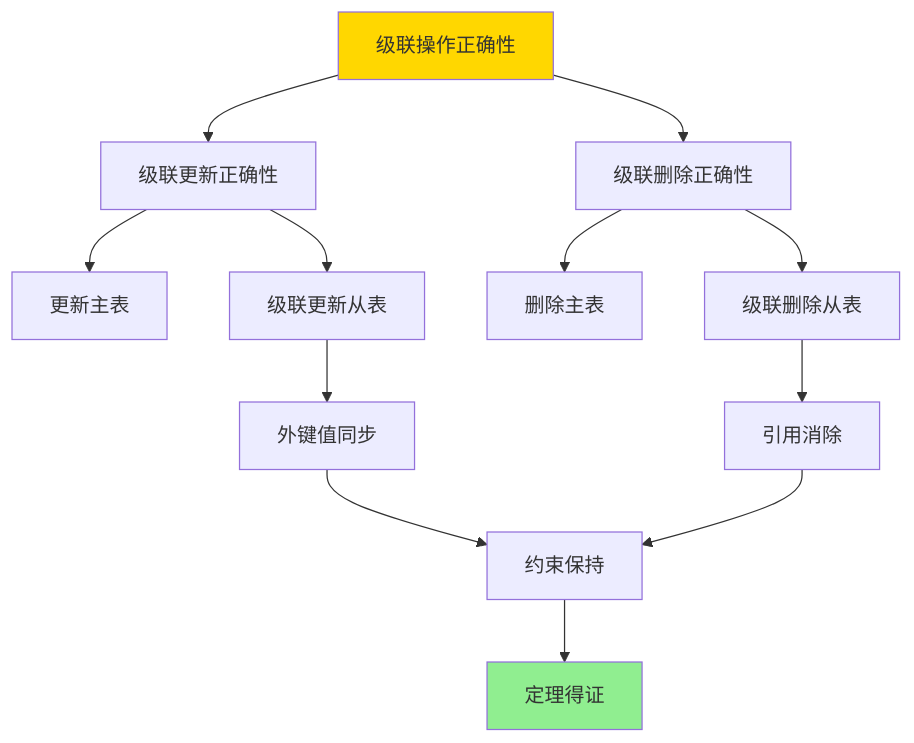
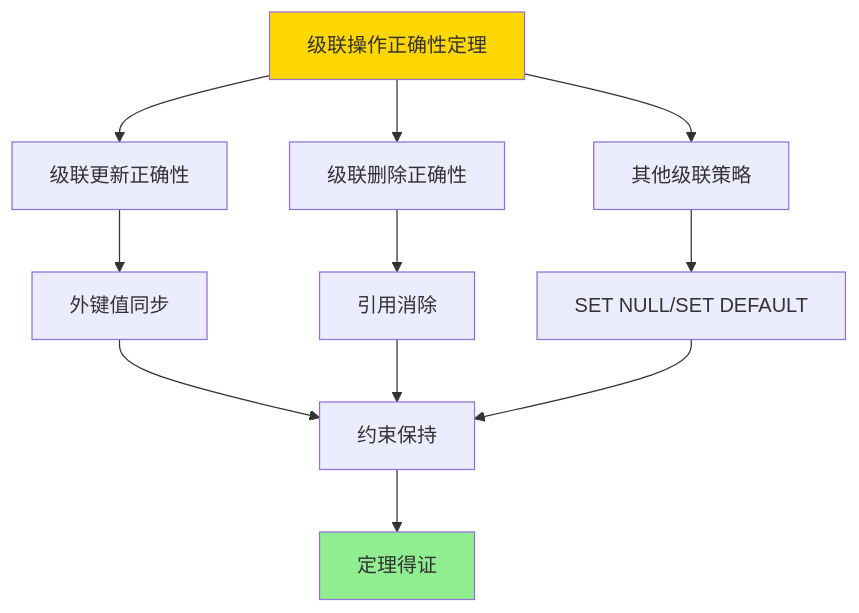
The fifth of 5 diagrams in PostgreSQL/10-理论基础/08-查询语言与语义/08.09-外键与参照完整性-约束满足与级联正确性.md (AdaMartin18010/PostgreSQL_modern), drawn with Mermaid before and after one commit. The commit also changed other lines of this file and 80 other files, not shown here.

````diff
--- a/PostgreSQL/10-理论基础/08-查询语言与语义/08.09-外键与参照完整性-约束满足与级联正确性.md
+++ b/PostgreSQL/10-理论基础/08-查询语言与语义/08.09-外键与参照完整性-约束满足与级联正确性.md
@@ -299,17 +346,16 @@
 ```mermaid
 graph TD
-    A[级联操作正确性] --> B[级联更新正确性]
+    A[级联操作正确性定理] --> B[级联更新正确性]
     A --> C[级联删除正确性]
-    B --> D[更新主表]
-    B --> E[级联更新从表]
-    E --> F[外键值同步]
-    F --> G[约束保持]
-    C --> H[删除主表]
-    C --> I[级联删除从表]
-    I --> J[引用消除]
-    J --> G
-    G --> K[定理得证]
+    A --> D[其他级联策略]
+    B --> E[外键值同步]
+    C --> F[引用消除]
+    D --> G[SET NULL/SET DEFAULT]
+    E --> H[约束保持]
+    F --> H
+    G --> H
+    H --> I[定理得证]
 
     style A fill:#FFD700
-    style K fill:#90EE90
+    style I fill:#90EE90
 ```
````
